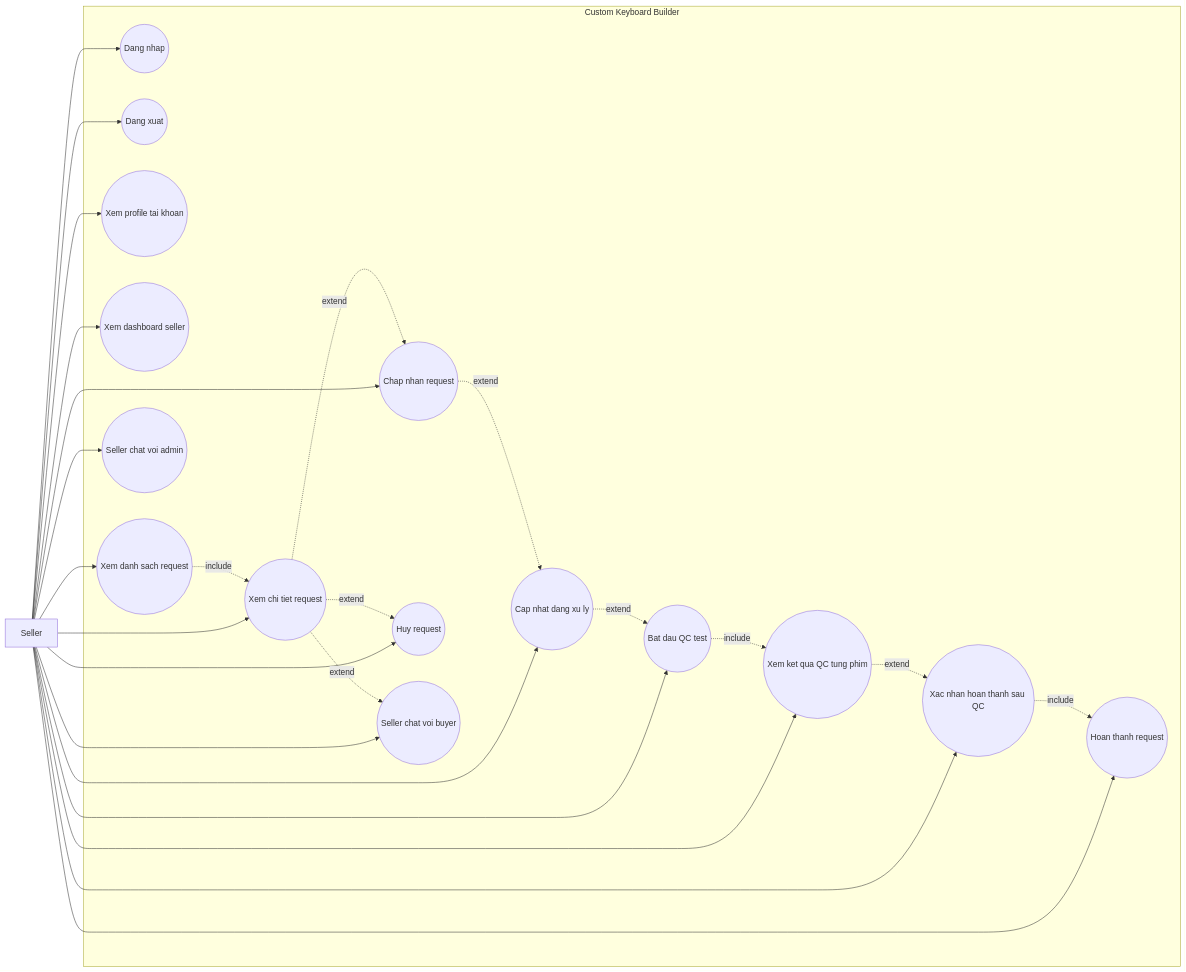
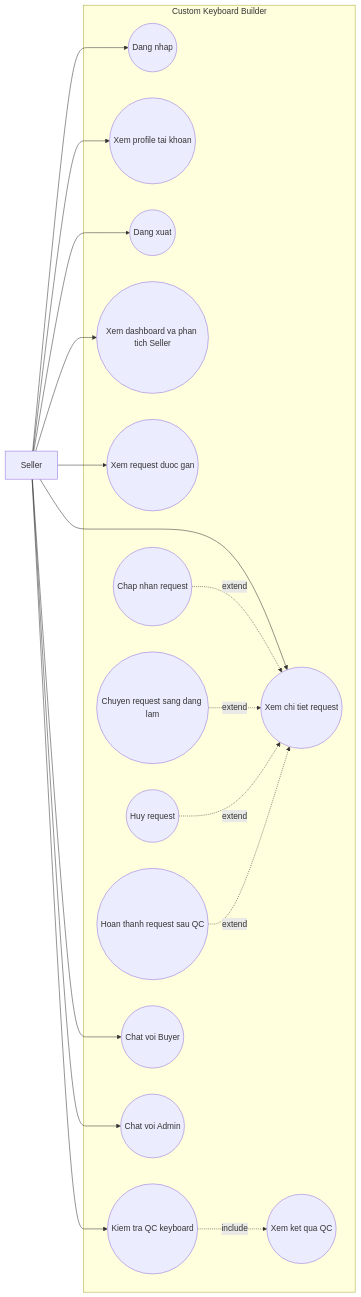
One commit to froynar/Custom_keyboard changed the second of 3 diagrams in Documents_Refactor/Custom_Keyboard_Use_Cases_Refactor.md. Above: the diagram before and after it, drawn with Mermaid. The commit also changed other lines of this file and 19 other files, not shown here.

````diff
--- a/Documents_Refactor/Custom_Keyboard_Use_Cases_Refactor.md
+++ b/Documents_Refactor/Custom_Keyboard_Use_Cases_Refactor.md
@@ -141,49 +142,38 @@
 ```mermaid
 flowchart LR
     Seller["Seller"]
 
     subgraph System["Custom Keyboard Builder"]
         UC12(("Dang nhap"))
+        UC14(("Xem profile tai khoan"))
         UC13(("Dang xuat"))
-        UC14(("Xem profile tai khoan"))
 
-        UC31(("Xem dashboard seller"))
-        UC32(("Xem danh sach request"))
+        UC31(("Xem dashboard va phan tich Seller"))
+        UC32(("Xem request duoc gan"))
         UC33(("Xem chi tiet request"))
         UC34(("Chap nhan request"))
-        UC35(("Cap nhat dang xu ly"))
-        UC36(("Hoan thanh request"))
+        UC35(("Chuyen request sang dang lam"))
         UC37(("Huy request"))
-        UC38(("Bat dau QC test"))
-        UC39(("Xem ket qua QC tung phim"))
-        UC310(("Xac nhan hoan thanh sau QC"))
-        UC52(("Seller chat voi buyer"))
-        UC53(("Seller chat voi admin"))
+        UC38(("Kiem tra QC keyboard"))
+        UC39(("Xem ket qua QC"))
+        UC310(("Hoan thanh request sau QC"))
+        UC52(("Chat voi Buyer"))
+        UC53(("Chat voi Admin"))
     end
 
     Seller --> UC12
+    Seller --> UC14
     Seller --> UC13
-    Seller --> UC14
     Seller --> UC31
     Seller --> UC32
     Seller --> UC33
-    Seller --> UC34
-    Seller --> UC35
-    Seller --> UC36
-    Seller --> UC37
     Seller --> UC38
-    Seller --> UC39
-    Seller --> UC310
     Seller --> UC52
     Seller --> UC53
 
-    UC32 -. include .-> UC33
-    UC33 -. extend .-> UC34
-    UC34 -. extend .-> UC35
-    UC35 -. extend .-> UC38
+    UC34 -. extend .-> UC33
+    UC35 -. extend .-> UC33
+    UC37 -. extend .-> UC33
+    UC310 -. extend .-> UC33
     UC38 -. include .-> UC39
-    UC39 -. extend .-> UC310
-    UC310 -. include .-> UC36
-    UC33 -. extend .-> UC37
-    UC33 -. extend .-> UC52
 ```
````
